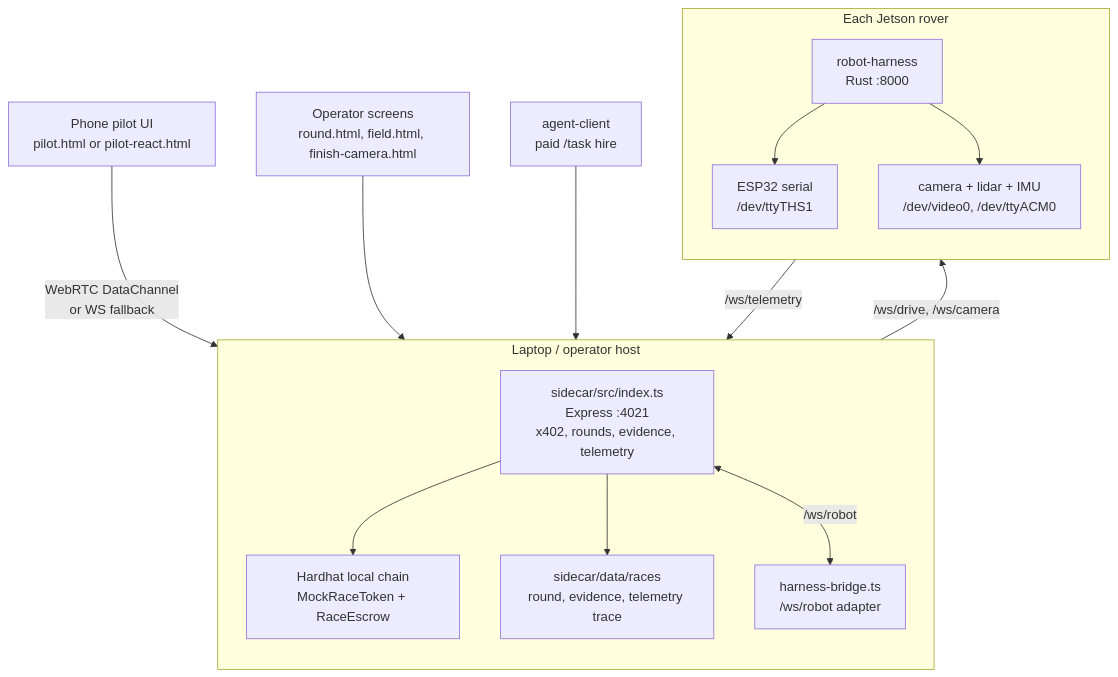
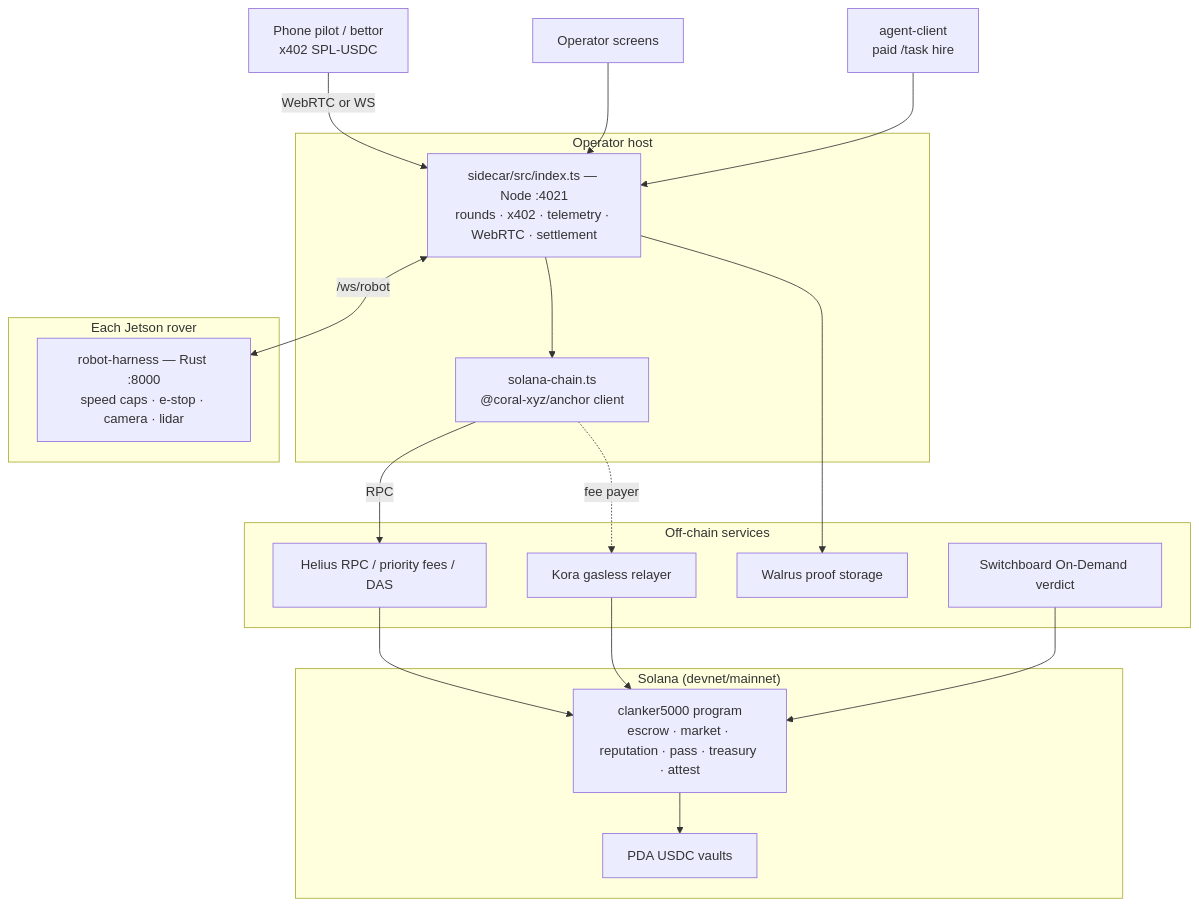
The diagram in README.md (0xSoftBoi/onchain-rover-solana), drawn with Mermaid before and after one commit. The commit also changed other lines of this file, not shown here.

First line of the commit message:
docs(readme): rewrite as Clanker 5000 with the real native-Solana stack

````diff
--- a/README.md
+++ b/README.md
@@ -189,29 +102,30 @@
 ```mermaid
 flowchart TB
-    Phone["Phone pilot UI<br/>pilot.html or pilot-react.html"] -->|"WebRTC DataChannel<br/>or WS fallback"| Sidecar
-    Operator["Operator screens<br/>round.html, field.html, finish-camera.html"] --> Sidecar
+    Phone["Phone pilot / bettor<br/>x402 SPL-USDC"] -->|WebRTC or WS| Sidecar
+    Operator["Operator screens"] --> Sidecar
     Agent["agent-client<br/>paid /task hire"] --> Sidecar
-
-    subgraph LAPTOP["Laptop / operator host"]
-      direction TB
-      Sidecar["sidecar/src/index.ts<br/>Express :4021<br/>x402, rounds, evidence, telemetry"]
-      Chain["Hardhat local chain<br/>MockRaceToken + RaceEscrow"]
-      Store["sidecar/data/races<br/>round, evidence, telemetry trace"]
-      Bridge["harness-bridge.ts<br/>/ws/robot adapter"]
+    subgraph HOST["Operator host"]
+      Sidecar["sidecar/src/index.ts — Node :4021<br/>rounds · x402 · telemetry · WebRTC · settlement"]
+      SC["solana-chain.ts<br/>@coral-xyz/anchor client"]
+      Sidecar --> SC
     end
-
+    subgraph SOLANA["Solana (devnet/mainnet)"]
+      Prog["clanker5000 program<br/>escrow · market · reputation · pass · treasury · attest"]
+      Vault["PDA USDC vaults"]
+    end
+    subgraph SVC["Off-chain services"]
+      Helius["Helius RPC / priority fees / DAS"]
+      Kora["Kora gasless relayer"]
+      Walrus["Walrus proof storage"]
+      SB["Switchboard On-Demand verdict"]
+    end
     subgraph JETSONS["Each Jetson rover"]
-      direction TB
-      Harness["robot-harness<br/>Rust :8000"]
-      Serial["ESP32 serial<br/>/dev/ttyTHS1"]
-      Sensors["camera + lidar + IMU<br/>/dev/video0, /dev/ttyACM0"]
+      Harness["robot-harness — Rust :8000<br/>speed caps · e-stop · camera · lidar"]
     end
-
-    Sidecar --> Chain
-    Sidecar --> Store
-    Sidecar <-->|"/ws/robot"| Bridge
-    Bridge -->|"/ws/drive, /ws/camera"| Harness
-    Harness --> Serial
-    Harness --> Sensors
-    Harness -->|"/ws/telemetry"| Bridge
+    SC -->|RPC| Helius --> Prog
+    Prog --> Vault
+    SC -. fee payer .-> Kora --> Prog
+    SB --> Prog
+    Sidecar --> Walrus
+    Sidecar <-->|/ws/robot| Harness
 ```
````
